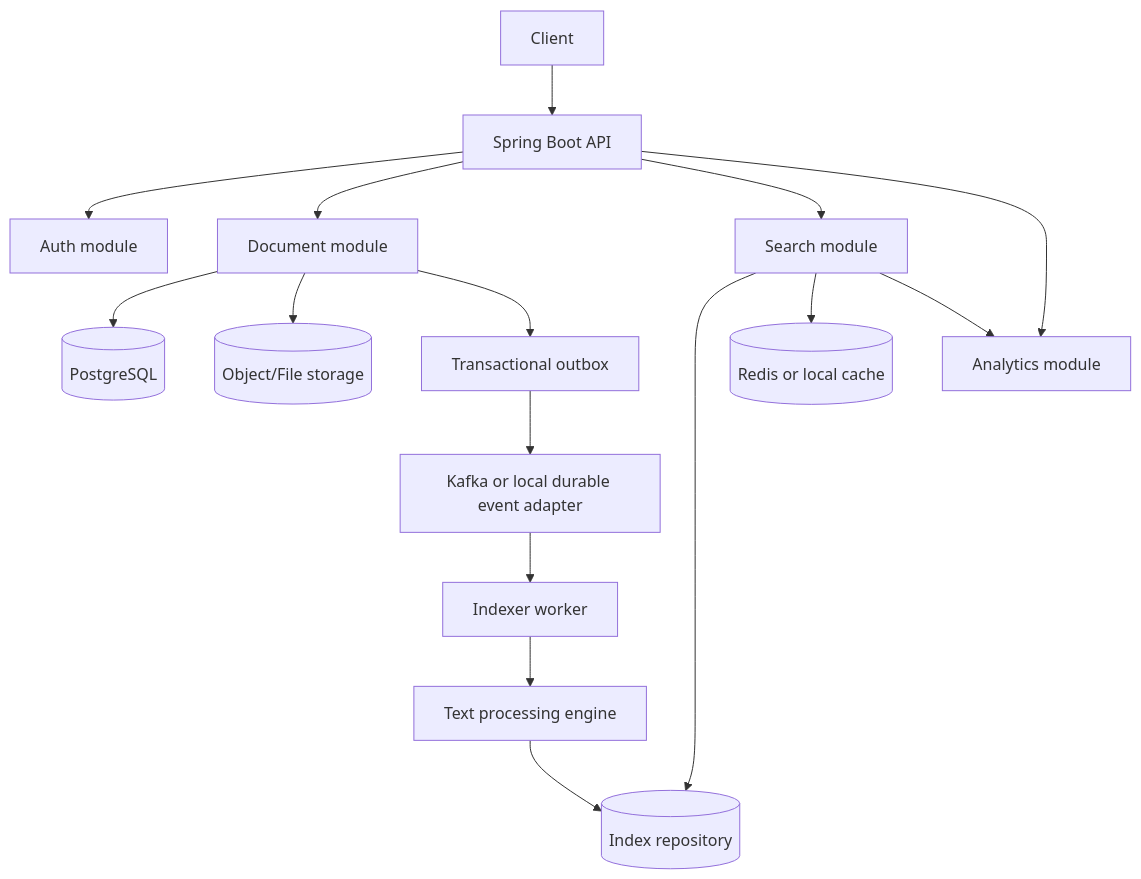
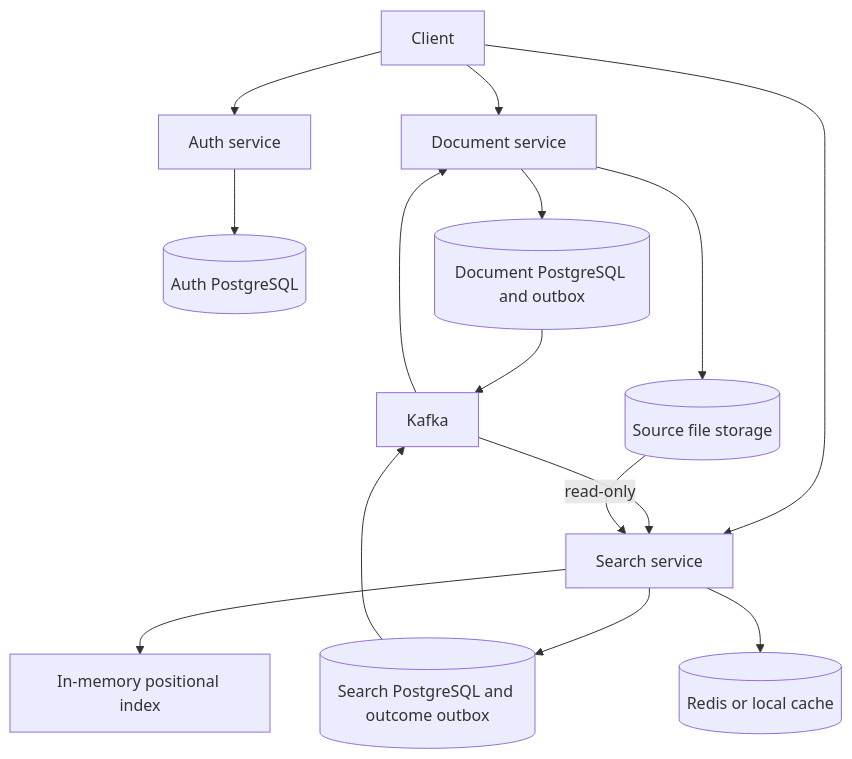
One commit to AdityaCShekhar/MinSearch changed the diagram in docs/SPECIFICATION.md. Above: the diagram before and after it, drawn with Mermaid. The commit also changed other lines of this file and 298 other files, not shown here.

````diff
--- a/docs/SPECIFICATION.md
+++ b/docs/SPECIFICATION.md
@@ -329,18 +329,17 @@
 ```mermaid
 flowchart TD
-    C[Client] --> API[Spring Boot API]
-    API --> AUTH[Auth module]
-    API --> DOC[Document module]
-    API --> SEARCH[Search module]
-    API --> ANALYTICS[Analytics module]
-    DOC --> PG[(PostgreSQL)]
-    DOC --> FS[(Object/File storage)]
-    DOC --> OUTBOX[Transactional outbox]
-    OUTBOX --> BROKER[Kafka or local durable event adapter]
-    BROKER --> WORKER[Indexer worker]
-    WORKER --> TEXT[Text processing engine]
-    TEXT --> INDEX[(Index repository)]
-    SEARCH --> INDEX
+    C[Client] --> AUTH[Auth service]
+    C --> DOC[Document service]
+    C --> SEARCH[Search service]
+    AUTH --> AUTHDB[(Auth PostgreSQL)]
+    DOC --> DOCDB[(Document PostgreSQL and outbox)]
+    DOC --> FS[(Source file storage)]
+    DOCDB --> BROKER[Kafka]
+    BROKER --> SEARCH
+    FS -->|read-only| SEARCH
+    SEARCH --> SEARCHDB[(Search PostgreSQL and outcome outbox)]
+    SEARCHDB --> BROKER
+    BROKER --> DOC
+    SEARCH --> INDEX[In-memory positional index]
     SEARCH --> CACHE[(Redis or local cache)]
-    SEARCH --> ANALYTICS
 ```
````
